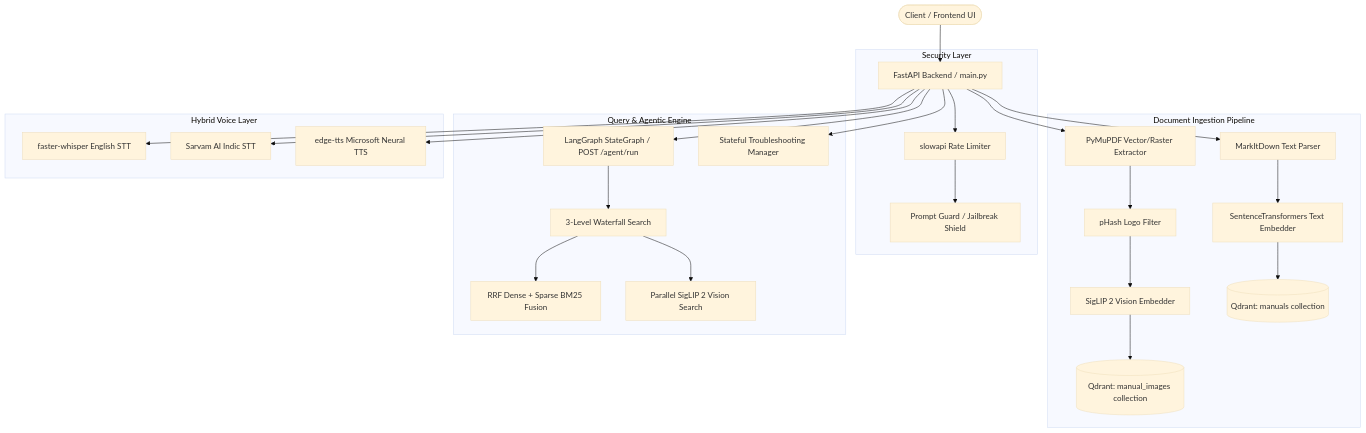
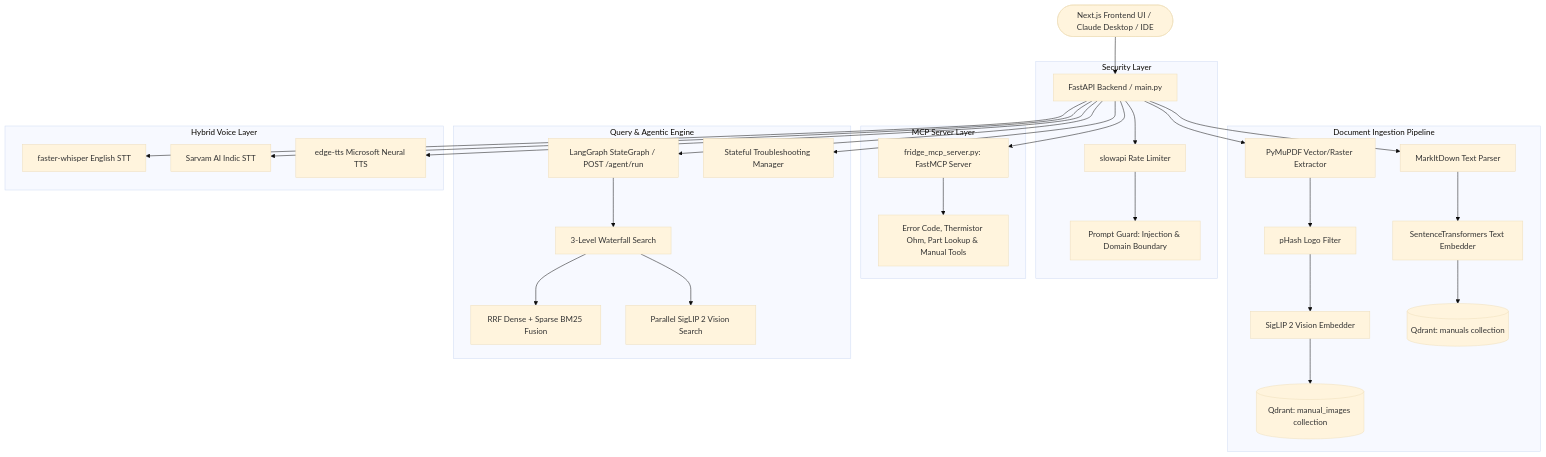
Before and after one commit to Santhosh-p653/rag-multimodal-assistant: the diagram in README.md, drawn with Mermaid (base theme). The commit also changed other lines of this file and 3 other files, not shown here.

````diff
--- a/README.md
+++ b/README.md
@@ -68,33 +92,38 @@
 ```mermaid
 graph TD
-    Client([Client / Frontend UI]) --> API[FastAPI Backend / main.py]
+    Client([Next.js Frontend UI / Claude Desktop / IDE]) --> API[FastAPI Backend / main.py]
     
     subgraph Security Layer
         API --> RateLimiter[slowapi Rate Limiter]
-        RateLimiter --> PromptGuard[Prompt Guard / Jailbreak Shield]
+        RateLimiter --> PromptGuard[Prompt Guard: Injection & Domain Boundary]
+    end
+
+    subgraph MCP Server Layer
+        API --> MCPServer[fridge_mcp_server.py: FastMCP Server]
+        MCPServer --> MCPTools[Error Code, Thermistor Ohm, Part Lookup & Manual Tools]
     end
 
     subgraph Document Ingestion Pipeline
         API --> MarkItDown[MarkItDown Text Parser]
         API --> PyMuPDF[PyMuPDF Vector/Raster Extractor]
         PyMuPDF --> pHash[pHash Logo Filter]
         pHash --> SigLIPIngest[SigLIP 2 Vision Embedder]
         MarkItDown --> TextEmbedder[SentenceTransformers Text Embedder]
         TextEmbedder --> QdrantText[(Qdrant: manuals collection)]
         SigLIPIngest --> QdrantImg[(Qdrant: manual_images collection)]
     end
 
     subgraph Query & Agentic Engine
         API --> LangGraphEngine[LangGraph StateGraph / POST /agent/run]
         API --> TroubleshootEngine[Stateful Troubleshooting Manager]
         LangGraphEngine --> HierarchicalSearch[3-Level Waterfall Search]
         HierarchicalSearch --> RRF[RRF Dense + Sparse BM25 Fusion]
         HierarchicalSearch --> ParallelVision[Parallel SigLIP 2 Vision Search]
     end
 
     subgraph Hybrid Voice Layer
         API --> Whisper[faster-whisper English STT]
         API --> Sarvam[Sarvam AI Indic STT]
         API --> EdgeTTS[edge-tts Microsoft Neural TTS]
     end
 ```
````
